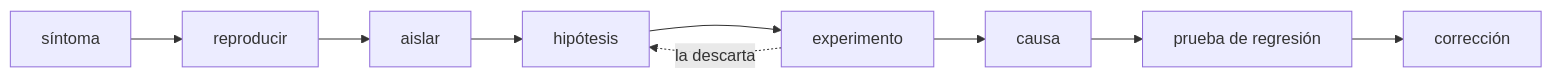
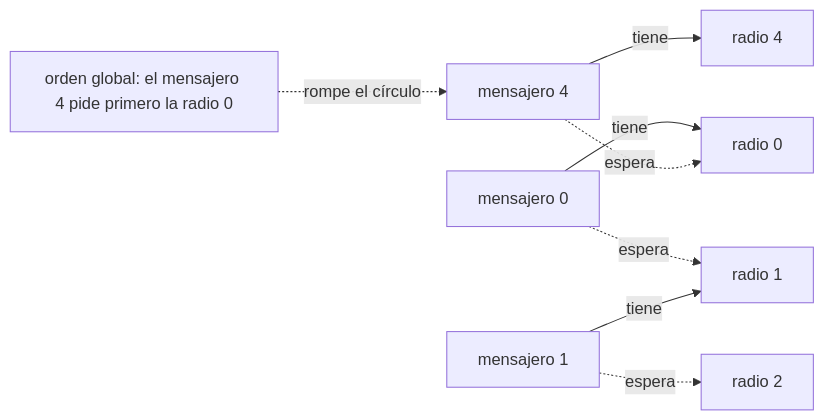
The fifth of 5 diagrams in web/public/content/foundations/modulo-5.md (NICORUIZ93/The_Imperial_Book), drawn with Mermaid before and after one commit. The commit also changed other lines of this file and 305 other files, not shown here.

````diff
--- a/web/public/content/foundations/modulo-5.md
+++ b/web/public/content/foundations/modulo-5.md
@@ -109,6 +1653,10 @@
 ```mermaid
 flowchart LR
-    S["síntoma"] --> R["reproducir"] --> I["aislar"] --> H["hipótesis"]
-    H --> E["experimento"] --> C["causa"] --> T["prueba de regresión"] --> F["corrección"]
-    E -. "la descarta" .-> H
+    M0["mensajero 0"] -- tiene --> R0["radio 0"]
+    M0 -. espera .-> R1["radio 1"]
+    M1["mensajero 1"] -- tiene --> R1
+    M1 -. espera .-> R2["radio 2"]
+    M4["mensajero 4"] -- tiene --> R4["radio 4"]
+    M4 -. espera .-> R0
+    FIX["orden global: el mensajero 4 pide primero la radio 0"] -.->|rompe el círculo| M4
 ```
````
